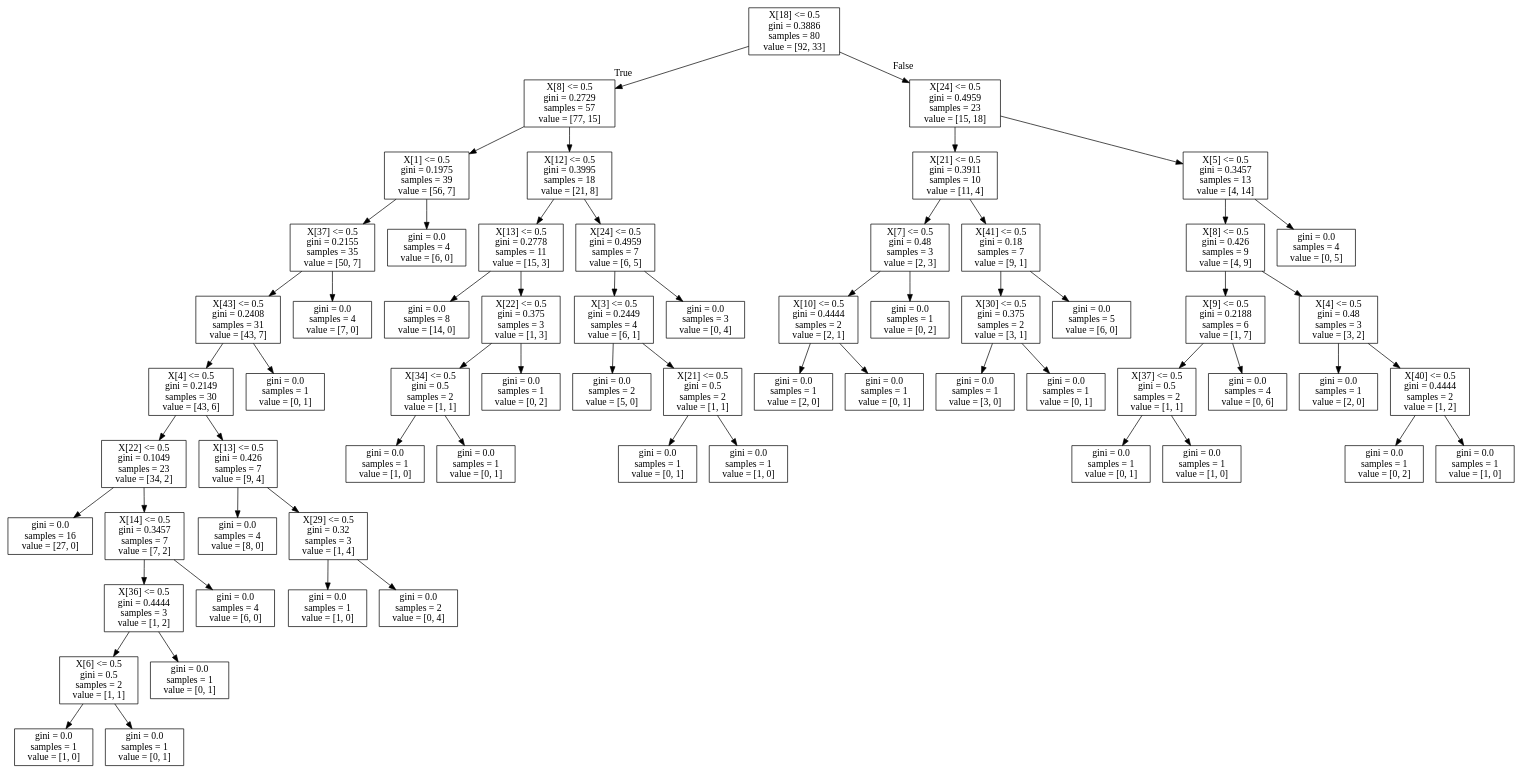
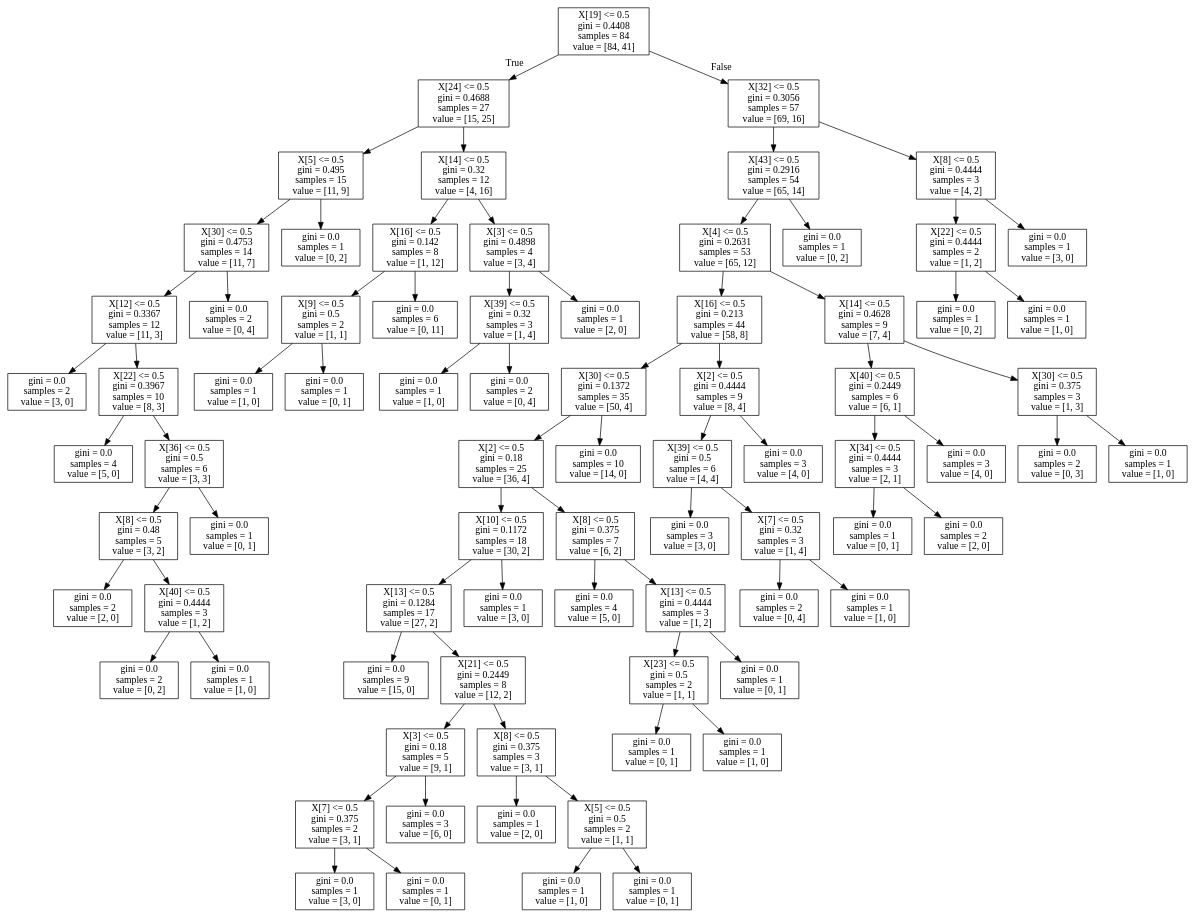
One commit to aaronfowles/elastography changed the diagram in tree1.dot. Above: the diagram before and after it, drawn with Graphviz. The commit also changed 11 other files, not shown here.

```diff
--- a/tree1.dot
+++ b/tree1.dot
@@ -1,128 +1,160 @@
 digraph Tree {
 node [shape=box] ;
-0 [label="X[18] <= 0.5\ngini = 0.3886\nsamples = 80\nvalue = [92, 33]"] ;
-1 [label="X[8] <= 0.5\ngini = 0.2729\nsamples = 57\nvalue = [77, 15]"] ;
+0 [label="X[19] <= 0.5\ngini = 0.4408\nsamples = 84\nvalue = [84, 41]"] ;
+1 [label="X[24] <= 0.5\ngini = 0.4688\nsamples = 27\nvalue = [15, 25]"] ;
 0 -> 1 [labeldistance=2.5, labelangle=45, headlabel="True"] ;
-2 [label="X[1] <= 0.5\ngini = 0.1975\nsamples = 39\nvalue = [56, 7]"] ;
+2 [label="X[5] <= 0.5\ngini = 0.495\nsamples = 15\nvalue = [11, 9]"] ;
 1 -> 2 ;
-3 [label="X[37] <= 0.5\ngini = 0.2155\nsamples = 35\nvalue = [50, 7]"] ;
+3 [label="X[30] <= 0.5\ngini = 0.4753\nsamples = 14\nvalue = [11, 7]"] ;
 2 -> 3 ;
-4 [label="X[43] <= 0.5\ngini = 0.2408\nsamples = 31\nvalue = [43, 7]"] ;
+4 [label="X[12] <= 0.5\ngini = 0.3367\nsamples = 12\nvalue = [11, 3]"] ;
 3 -> 4 ;
-5 [label="X[4] <= 0.5\ngini = 0.2149\nsamples = 30\nvalue = [43, 6]"] ;
+5 [label="gini = 0.0\nsamples = 2\nvalue = [3, 0]"] ;
 4 -> 5 ;
-6 [label="X[22] <= 0.5\ngini = 0.1049\nsamples = 23\nvalue = [34, 2]"] ;
-5 -> 6 ;
-7 [label="gini = 0.0\nsamples = 16\nvalue = [27, 0]"] ;
+6 [label="X[22] <= 0.5\ngini = 0.3967\nsamples = 10\nvalue = [8, 3]"] ;
+4 -> 6 ;
+7 [label="gini = 0.0\nsamples = 4\nvalue = [5, 0]"] ;
 6 -> 7 ;
-8 [label="X[14] <= 0.5\ngini = 0.3457\nsamples = 7\nvalue = [7, 2]"] ;
+8 [label="X[36] <= 0.5\ngini = 0.5\nsamples = 6\nvalue = [3, 3]"] ;
 6 -> 8 ;
-9 [label="X[36] <= 0.5\ngini = 0.4444\nsamples = 3\nvalue = [1, 2]"] ;
+9 [label="X[8] <= 0.5\ngini = 0.48\nsamples = 5\nvalue = [3, 2]"] ;
 8 -> 9 ;
-10 [label="X[6] <= 0.5\ngini = 0.5\nsamples = 2\nvalue = [1, 1]"] ;
+10 [label="gini = 0.0\nsamples = 2\nvalue = [2, 0]"] ;
 9 -> 10 ;
-11 [label="gini = 0.0\nsamples = 1\nvalue = [1, 0]"] ;
-10 -> 11 ;
-12 [label="gini = 0.0\nsamples = 1\nvalue = [0, 1]"] ;
-10 -> 12 ;
-13 [label="gini = 0.0\nsamples = 1\nvalue = [0, 1]"] ;
-9 -> 13 ;
-14 [label="gini = 0.0\nsamples = 4\nvalue = [6, 0]"] ;
+11 [label="X[40] <= 0.5\ngini = 0.4444\nsamples = 3\nvalue = [1, 2]"] ;
+9 -> 11 ;
+12 [label="gini = 0.0\nsamples = 2\nvalue = [0, 2]"] ;
+11 -> 12 ;
+13 [label="gini = 0.0\nsamples = 1\nvalue = [1, 0]"] ;
+11 -> 13 ;
+14 [label="gini = 0.0\nsamples = 1\nvalue = [0, 1]"] ;
 8 -> 14 ;
-15 [label="X[13] <= 0.5\ngini = 0.426\nsamples = 7\nvalue = [9, 4]"] ;
-5 -> 15 ;
-16 [label="gini = 0.0\nsamples = 4\nvalue = [8, 0]"] ;
-15 -> 16 ;
-17 [label="X[29] <= 0.5\ngini = 0.32\nsamples = 3\nvalue = [1, 4]"] ;
-15 -> 17 ;
-18 [label="gini = 0.0\nsamples = 1\nvalue = [1, 0]"] ;
+15 [label="gini = 0.0\nsamples = 2\nvalue = [0, 4]"] ;
+3 -> 15 ;
+16 [label="gini = 0.0\nsamples = 1\nvalue = [0, 2]"] ;
+2 -> 16 ;
+17 [label="X[14] <= 0.5\ngini = 0.32\nsamples = 12\nvalue = [4, 16]"] ;
+1 -> 17 ;
+18 [label="X[16] <= 0.5\ngini = 0.142\nsamples = 8\nvalue = [1, 12]"] ;
 17 -> 18 ;
-19 [label="gini = 0.0\nsamples = 2\nvalue = [0, 4]"] ;
-17 -> 19 ;
-20 [label="gini = 0.0\nsamples = 1\nvalue = [0, 1]"] ;
-4 -> 20 ;
-21 [label="gini = 0.0\nsamples = 4\nvalue = [7, 0]"] ;
-3 -> 21 ;
-22 [label="gini = 0.0\nsamples = 4\nvalue = [6, 0]"] ;
-2 -> 22 ;
-23 [label="X[12] <= 0.5\ngini = 0.3995\nsamples = 18\nvalue = [21, 8]"] ;
-1 -> 23 ;
-24 [label="X[13] <= 0.5\ngini = 0.2778\nsamples = 11\nvalue = [15, 3]"] ;
+19 [label="X[9] <= 0.5\ngini = 0.5\nsamples = 2\nvalue = [1, 1]"] ;
+18 -> 19 ;
+20 [label="gini = 0.0\nsamples = 1\nvalue = [1, 0]"] ;
+19 -> 20 ;
+21 [label="gini = 0.0\nsamples = 1\nvalue = [0, 1]"] ;
+19 -> 21 ;
+22 [label="gini = 0.0\nsamples = 6\nvalue = [0, 11]"] ;
+18 -> 22 ;
+23 [label="X[3] <= 0.5\ngini = 0.4898\nsamples = 4\nvalue = [3, 4]"] ;
+17 -> 23 ;
+24 [label="X[39] <= 0.5\ngini = 0.32\nsamples = 3\nvalue = [1, 4]"] ;
 23 -> 24 ;
-25 [label="gini = 0.0\nsamples = 8\nvalue = [14, 0]"] ;
+25 [label="gini = 0.0\nsamples = 1\nvalue = [1, 0]"] ;
 24 -> 25 ;
-26 [label="X[22] <= 0.5\ngini = 0.375\nsamples = 3\nvalue = [1, 3]"] ;
+26 [label="gini = 0.0\nsamples = 2\nvalue = [0, 4]"] ;
 24 -> 26 ;
-27 [label="X[34] <= 0.5\ngini = 0.5\nsamples = 2\nvalue = [1, 1]"] ;
-26 -> 27 ;
-28 [label="gini = 0.0\nsamples = 1\nvalue = [1, 0]"] ;
-27 -> 28 ;
-29 [label="gini = 0.0\nsamples = 1\nvalue = [0, 1]"] ;
-27 -> 29 ;
-30 [label="gini = 0.0\nsamples = 1\nvalue = [0, 2]"] ;
-26 -> 30 ;
-31 [label="X[24] <= 0.5\ngini = 0.4959\nsamples = 7\nvalue = [6, 5]"] ;
-23 -> 31 ;
-32 [label="X[3] <= 0.5\ngini = 0.2449\nsamples = 4\nvalue = [6, 1]"] ;
+27 [label="gini = 0.0\nsamples = 1\nvalue = [2, 0]"] ;
+23 -> 27 ;
+28 [label="X[32] <= 0.5\ngini = 0.3056\nsamples = 57\nvalue = [69, 16]"] ;
+0 -> 28 [labeldistance=2.5, labelangle=-45, headlabel="False"] ;
+29 [label="X[43] <= 0.5\ngini = 0.2916\nsamples = 54\nvalue = [65, 14]"] ;
+28 -> 29 ;
+30 [label="X[4] <= 0.5\ngini = 0.2631\nsamples = 53\nvalue = [65, 12]"] ;
+29 -> 30 ;
+31 [label="X[16] <= 0.5\ngini = 0.213\nsamples = 44\nvalue = [58, 8]"] ;
+30 -> 31 ;
+32 [label="X[30] <= 0.5\ngini = 0.1372\nsamples = 35\nvalue = [50, 4]"] ;
 31 -> 32 ;
-33 [label="gini = 0.0\nsamples = 2\nvalue = [5, 0]"] ;
+33 [label="X[2] <= 0.5\ngini = 0.18\nsamples = 25\nvalue = [36, 4]"] ;
 32 -> 33 ;
-34 [label="X[21] <= 0.5\ngini = 0.5\nsamples = 2\nvalue = [1, 1]"] ;
-32 -> 34 ;
-35 [label="gini = 0.0\nsamples = 1\nvalue = [0, 1]"] ;
+34 [label="X[10] <= 0.5\ngini = 0.1172\nsamples = 18\nvalue = [30, 2]"] ;
+33 -> 34 ;
+35 [label="X[13] <= 0.5\ngini = 0.1284\nsamples = 17\nvalue = [27, 2]"] ;
 34 -> 35 ;
-36 [label="gini = 0.0\nsamples = 1\nvalue = [1, 0]"] ;
-34 -> 36 ;
-37 [label="gini = 0.0\nsamples = 3\nvalue = [0, 4]"] ;
-31 -> 37 ;
-38 [label="X[24] <= 0.5\ngini = 0.4959\nsamples = 23\nvalue = [15, 18]"] ;
-0 -> 38 [labeldistance=2.5, labelangle=-45, headlabel="False"] ;
-39 [label="X[21] <= 0.5\ngini = 0.3911\nsamples = 10\nvalue = [11, 4]"] ;
+36 [label="gini = 0.0\nsamples = 9\nvalue = [15, 0]"] ;
+35 -> 36 ;
+37 [label="X[21] <= 0.5\ngini = 0.2449\nsamples = 8\nvalue = [12, 2]"] ;
+35 -> 37 ;
+38 [label="X[3] <= 0.5\ngini = 0.18\nsamples = 5\nvalue = [9, 1]"] ;
+37 -> 38 ;
+39 [label="X[7] <= 0.5\ngini = 0.375\nsamples = 2\nvalue = [3, 1]"] ;
 38 -> 39 ;
-40 [label="X[7] <= 0.5\ngini = 0.48\nsamples = 3\nvalue = [2, 3]"] ;
+40 [label="gini = 0.0\nsamples = 1\nvalue = [3, 0]"] ;
 39 -> 40 ;
-41 [label="X[10] <= 0.5\ngini = 0.4444\nsamples = 2\nvalue = [2, 1]"] ;
-40 -> 41 ;
-42 [label="gini = 0.0\nsamples = 1\nvalue = [2, 0]"] ;
-41 -> 42 ;
-43 [label="gini = 0.0\nsamples = 1\nvalue = [0, 1]"] ;
-41 -> 43 ;
-44 [label="gini = 0.0\nsamples = 1\nvalue = [0, 2]"] ;
-40 -> 44 ;
-45 [label="X[41] <= 0.5\ngini = 0.18\nsamples = 7\nvalue = [9, 1]"] ;
-39 -> 45 ;
-46 [label="X[30] <= 0.5\ngini = 0.375\nsamples = 2\nvalue = [3, 1]"] ;
+41 [label="gini = 0.0\nsamples = 1\nvalue = [0, 1]"] ;
+39 -> 41 ;
+42 [label="gini = 0.0\nsamples = 3\nvalue = [6, 0]"] ;
+38 -> 42 ;
+43 [label="X[8] <= 0.5\ngini = 0.375\nsamples = 3\nvalue = [3, 1]"] ;
+37 -> 43 ;
+44 [label="gini = 0.0\nsamples = 1\nvalue = [2, 0]"] ;
+43 -> 44 ;
+45 [label="X[5] <= 0.5\ngini = 0.5\nsamples = 2\nvalue = [1, 1]"] ;
+43 -> 45 ;
+46 [label="gini = 0.0\nsamples = 1\nvalue = [1, 0]"] ;
 45 -> 46 ;
-47 [label="gini = 0.0\nsamples = 1\nvalue = [3, 0]"] ;
-46 -> 47 ;
-48 [label="gini = 0.0\nsamples = 1\nvalue = [0, 1]"] ;
-46 -> 48 ;
-49 [label="gini = 0.0\nsamples = 5\nvalue = [6, 0]"] ;
-45 -> 49 ;
-50 [label="X[5] <= 0.5\ngini = 0.3457\nsamples = 13\nvalue = [4, 14]"] ;
-38 -> 50 ;
-51 [label="X[8] <= 0.5\ngini = 0.426\nsamples = 9\nvalue = [4, 9]"] ;
-50 -> 51 ;
-52 [label="X[9] <= 0.5\ngini = 0.2188\nsamples = 6\nvalue = [1, 7]"] ;
+47 [label="gini = 0.0\nsamples = 1\nvalue = [0, 1]"] ;
+45 -> 47 ;
+48 [label="gini = 0.0\nsamples = 1\nvalue = [3, 0]"] ;
+34 -> 48 ;
+49 [label="X[8] <= 0.5\ngini = 0.375\nsamples = 7\nvalue = [6, 2]"] ;
+33 -> 49 ;
+50 [label="gini = 0.0\nsamples = 4\nvalue = [5, 0]"] ;
+49 -> 50 ;
+51 [label="X[13] <= 0.5\ngini = 0.4444\nsamples = 3\nvalue = [1, 2]"] ;
+49 -> 51 ;
+52 [label="X[23] <= 0.5\ngini = 0.5\nsamples = 2\nvalue = [1, 1]"] ;
 51 -> 52 ;
-53 [label="X[37] <= 0.5\ngini = 0.5\nsamples = 2\nvalue = [1, 1]"] ;
+53 [label="gini = 0.0\nsamples = 1\nvalue = [0, 1]"] ;
 52 -> 53 ;
-54 [label="gini = 0.0\nsamples = 1\nvalue = [0, 1]"] ;
-53 -> 54 ;
-55 [label="gini = 0.0\nsamples = 1\nvalue = [1, 0]"] ;
-53 -> 55 ;
-56 [label="gini = 0.0\nsamples = 4\nvalue = [0, 6]"] ;
-52 -> 56 ;
-57 [label="X[4] <= 0.5\ngini = 0.48\nsamples = 3\nvalue = [3, 2]"] ;
-51 -> 57 ;
-58 [label="gini = 0.0\nsamples = 1\nvalue = [2, 0]"] ;
+54 [label="gini = 0.0\nsamples = 1\nvalue = [1, 0]"] ;
+52 -> 54 ;
+55 [label="gini = 0.0\nsamples = 1\nvalue = [0, 1]"] ;
+51 -> 55 ;
+56 [label="gini = 0.0\nsamples = 10\nvalue = [14, 0]"] ;
+32 -> 56 ;
+57 [label="X[2] <= 0.5\ngini = 0.4444\nsamples = 9\nvalue = [8, 4]"] ;
+31 -> 57 ;
+58 [label="X[39] <= 0.5\ngini = 0.5\nsamples = 6\nvalue = [4, 4]"] ;
 57 -> 58 ;
-59 [label="X[40] <= 0.5\ngini = 0.4444\nsamples = 2\nvalue = [1, 2]"] ;
-57 -> 59 ;
-60 [label="gini = 0.0\nsamples = 1\nvalue = [0, 2]"] ;
-59 -> 60 ;
-61 [label="gini = 0.0\nsamples = 1\nvalue = [1, 0]"] ;
-59 -> 61 ;
-62 [label="gini = 0.0\nsamples = 4\nvalue = [0, 5]"] ;
-50 -> 62 ;
+59 [label="gini = 0.0\nsamples = 3\nvalue = [3, 0]"] ;
+58 -> 59 ;
+60 [label="X[7] <= 0.5\ngini = 0.32\nsamples = 3\nvalue = [1, 4]"] ;
+58 -> 60 ;
+61 [label="gini = 0.0\nsamples = 2\nvalue = [0, 4]"] ;
+60 -> 61 ;
+62 [label="gini = 0.0\nsamples = 1\nvalue = [1, 0]"] ;
+60 -> 62 ;
+63 [label="gini = 0.0\nsamples = 3\nvalue = [4, 0]"] ;
+57 -> 63 ;
+64 [label="X[14] <= 0.5\ngini = 0.4628\nsamples = 9\nvalue = [7, 4]"] ;
+30 -> 64 ;
+65 [label="X[40] <= 0.5\ngini = 0.2449\nsamples = 6\nvalue = [6, 1]"] ;
+64 -> 65 ;
+66 [label="X[34] <= 0.5\ngini = 0.4444\nsamples = 3\nvalue = [2, 1]"] ;
+65 -> 66 ;
+67 [label="gini = 0.0\nsamples = 1\nvalue = [0, 1]"] ;
+66 -> 67 ;
+68 [label="gini = 0.0\nsamples = 2\nvalue = [2, 0]"] ;
+66 -> 68 ;
+69 [label="gini = 0.0\nsamples = 3\nvalue = [4, 0]"] ;
+65 -> 69 ;
+70 [label="X[30] <= 0.5\ngini = 0.375\nsamples = 3\nvalue = [1, 3]"] ;
+64 -> 70 ;
+71 [label="gini = 0.0\nsamples = 2\nvalue = [0, 3]"] ;
+70 -> 71 ;
+72 [label="gini = 0.0\nsamples = 1\nvalue = [1, 0]"] ;
+70 -> 72 ;
+73 [label="gini = 0.0\nsamples = 1\nvalue = [0, 2]"] ;
+29 -> 73 ;
+74 [label="X[8] <= 0.5\ngini = 0.4444\nsamples = 3\nvalue = [4, 2]"] ;
+28 -> 74 ;
+75 [label="X[22] <= 0.5\ngini = 0.4444\nsamples = 2\nvalue = [1, 2]"] ;
+74 -> 75 ;
+76 [label="gini = 0.0\nsamples = 1\nvalue = [0, 2]"] ;
+75 -> 76 ;
+77 [label="gini = 0.0\nsamples = 1\nvalue = [1, 0]"] ;
+75 -> 77 ;
+78 [label="gini = 0.0\nsamples = 1\nvalue = [3, 0]"] ;
+74 -> 78 ;
 }
```
